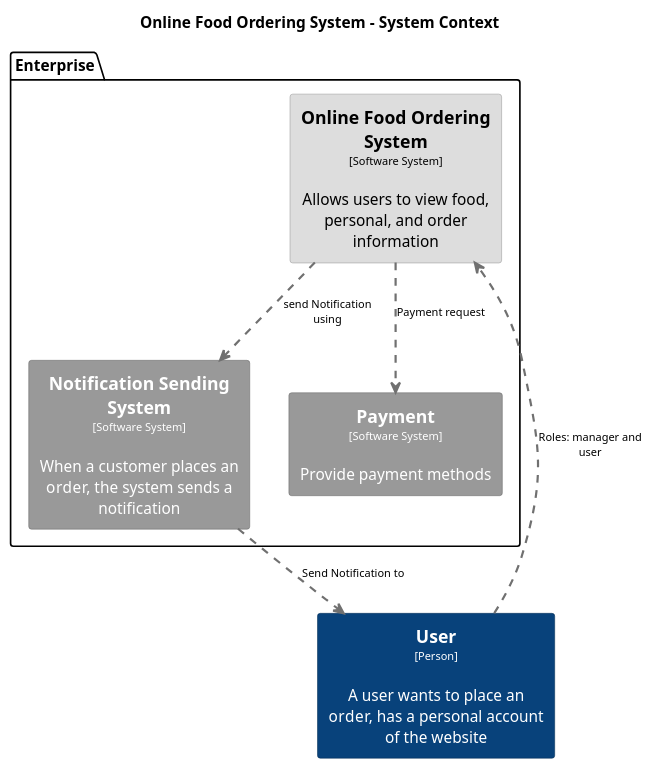
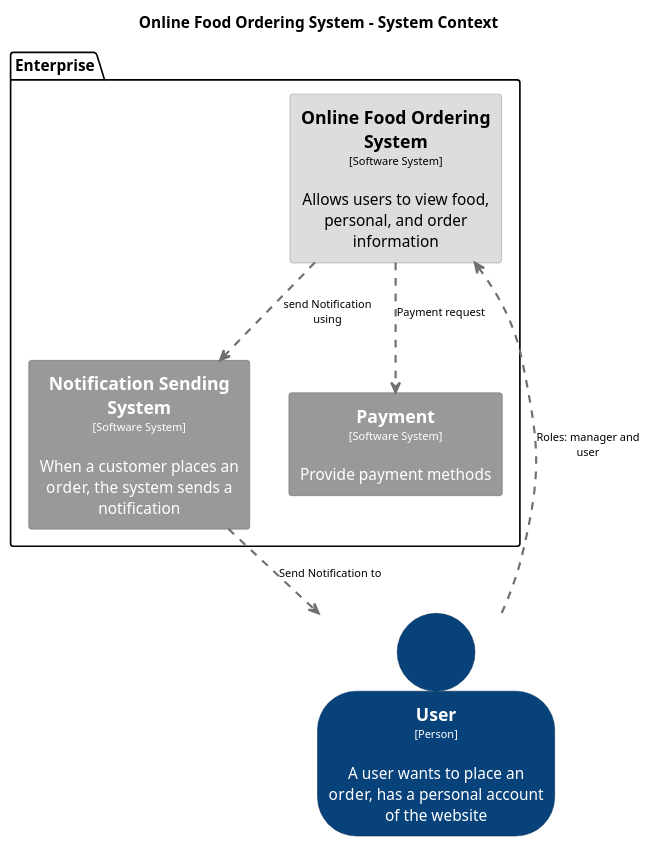
One commit to congdat123/c4-model changed the diagram in export/OnlineFoodOderingSystemContext.puml. Above: the diagram before and after it, drawn with PlantUML. The commit also changed 3 other files, not shown here.

```diff
--- a/export/OnlineFoodOderingSystemContext.puml
+++ b/export/OnlineFoodOderingSystemContext.puml
@@ -1,43 +1,43 @@
 @startuml(id=OnlineFoodOderingSystemContext)
 title Online Food Ordering System - System Context
 
 skinparam {
   shadowing false
   arrowFontSize 10
   defaultTextAlignment center
   wrapWidth 200
   maxMessageSize 100
 }
 hide stereotype
 top to bottom direction
-skinparam rectangle<<1>> {
+skinparam person<<1>> {
   BackgroundColor #08427b
   FontColor #ffffff
   BorderColor #052e56
 }
 skinparam rectangle<<2>> {
   BackgroundColor #999999
   FontColor #ffffff
   BorderColor #6b6b6b
 }
 skinparam rectangle<<3>> {
   BackgroundColor #999999
   FontColor #ffffff
   BorderColor #6b6b6b
 }
 skinparam rectangle<<4>> {
   BackgroundColor #dddddd
   FontColor #000000
   BorderColor #9a9a9a
 }
-rectangle "==User\n<size:10>[Person]</size>\n\nA user wants to place an order, has a personal account of the website" <<1>> as 1
+person "==User\n<size:10>[Person]</size>\n\nA user wants to place an order, has a personal account of the website" <<1>> as 1
 package "Enterprise" {
   rectangle "==Notification Sending System\n<size:10>[Software System]</size>\n\nWhen a customer places an order, the system sends a notification" <<3>> as 3
   rectangle "==Online Food Ordering System\n<size:10>[Software System]</size>\n\nAllows users to view food, personal, and order information" <<4>> as 4
   rectangle "==Payment\n<size:10>[Software System]</size>\n\nProvide payment methods" <<2>> as 2
 }
 3 .[#707070,thickness=2].> 1 : "Send Notification to"
 4 .[#707070,thickness=2].> 3 : "send Notification using"
 4 .[#707070,thickness=2].> 2 : "Payment request"
 1 .[#707070,thickness=2].> 4 : "Roles: manager and user"
 @enduml
```
